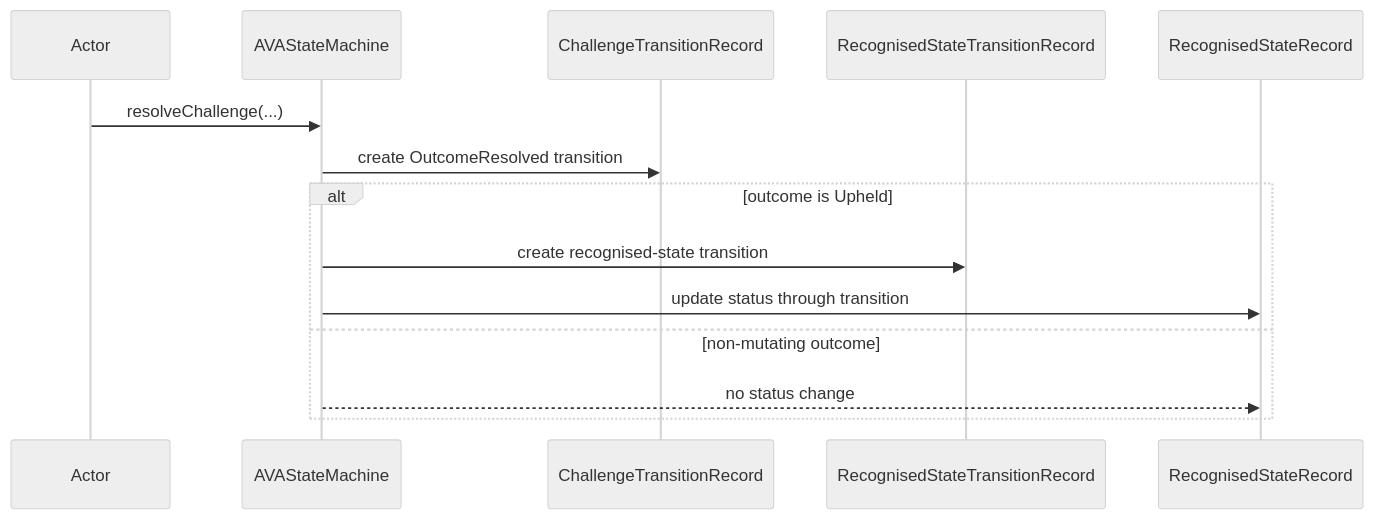
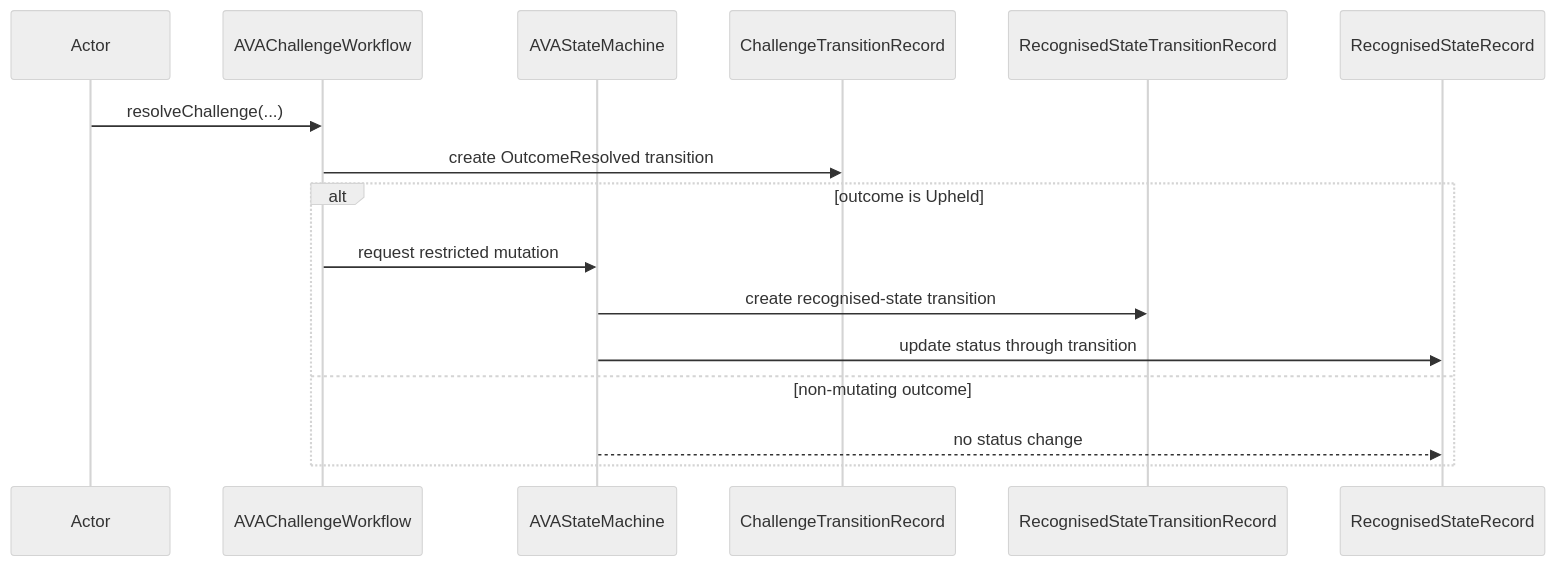
One commit to CyberChun0329/AVA-PeerReview changed the ninth of 12 diagrams in docs/state-machines.md. Above: the diagram before and after it, drawn with Mermaid (neutral theme). The commit also changed other lines of this file and 194 other files, not shown here.

````diff
--- a/docs/state-machines.md
+++ b/docs/state-machines.md
@@ -215,17 +386,19 @@
 ```mermaid
 sequenceDiagram
     participant A as Actor
+    participant CW as AVAChallengeWorkflow
     participant SM as AVAStateMachine
     participant CTR as ChallengeTransitionRecord
     participant RSTR as RecognisedStateTransitionRecord
     participant RS as RecognisedStateRecord
 
-    A->>SM: resolveChallenge(...)
-    SM->>CTR: create OutcomeResolved transition
+    A->>CW: resolveChallenge(...)
+    CW->>CTR: create OutcomeResolved transition
     alt outcome is Upheld
+        CW->>SM: request restricted mutation
         SM->>RSTR: create recognised-state transition
         SM->>RS: update status through transition
     else non-mutating outcome
         SM-->>RS: no status change
     end
 ```
````
